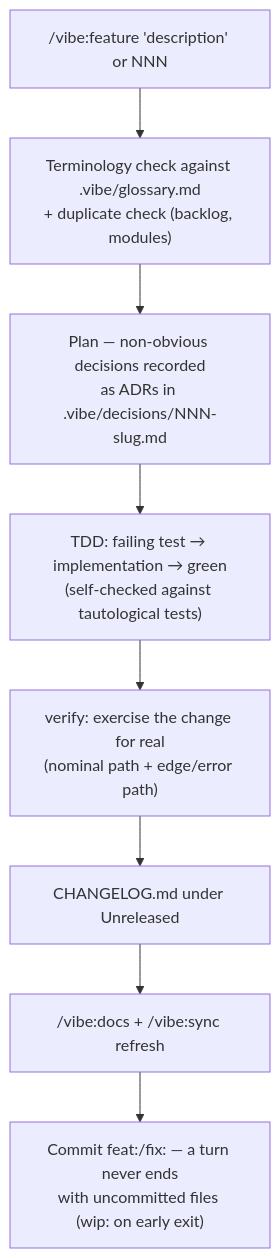
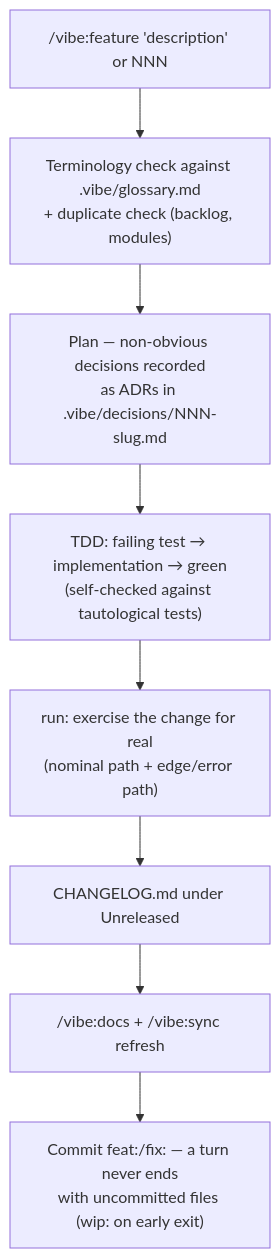
The first of 4 diagrams in docs/workflows.md (neolao/claude-plugin-vibe), drawn with Mermaid before and after one commit. The commit also changed other lines of this file and 6 other files, not shown here.

````diff
--- a/docs/workflows.md
+++ b/docs/workflows.md
@@ -11,10 +11,10 @@
 ```mermaid
 flowchart TD
     A["/vibe:feature 'description' or NNN"] --> B["Terminology check against .vibe/glossary.md<br/>+ duplicate check (backlog, modules)"]
     B --> C["Plan — non-obvious decisions recorded<br/>as ADRs in .vibe/decisions/NNN-slug.md"]
     C --> D["TDD: failing test → implementation → green<br/>(self-checked against tautological tests)"]
-    D --> E["verify: exercise the change for real<br/>(nominal path + edge/error path)"]
+    D --> E["run: exercise the change for real<br/>(nominal path + edge/error path)"]
     E --> F["CHANGELOG.md under Unreleased"]
     F --> G["/vibe:docs + /vibe:sync refresh"]
     G --> H["Commit feat:/fix: — a turn never ends<br/>with uncommitted files (wip: on early exit)"]
 ```
````
